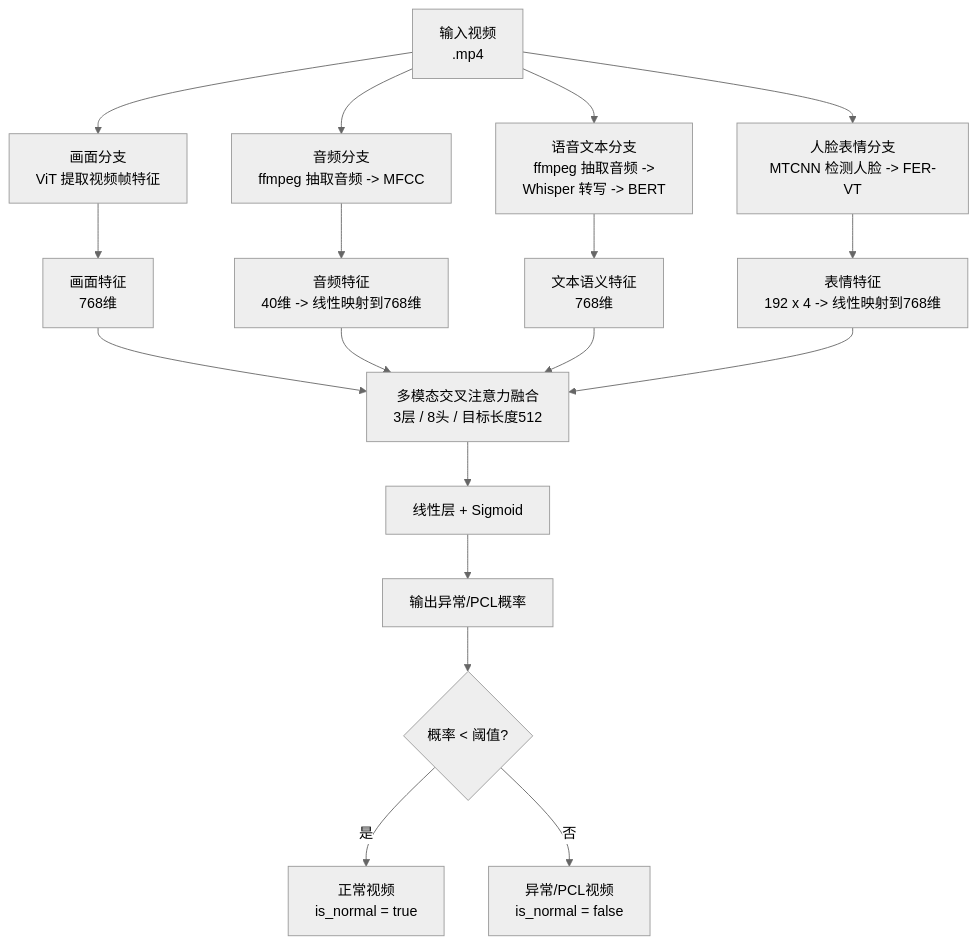
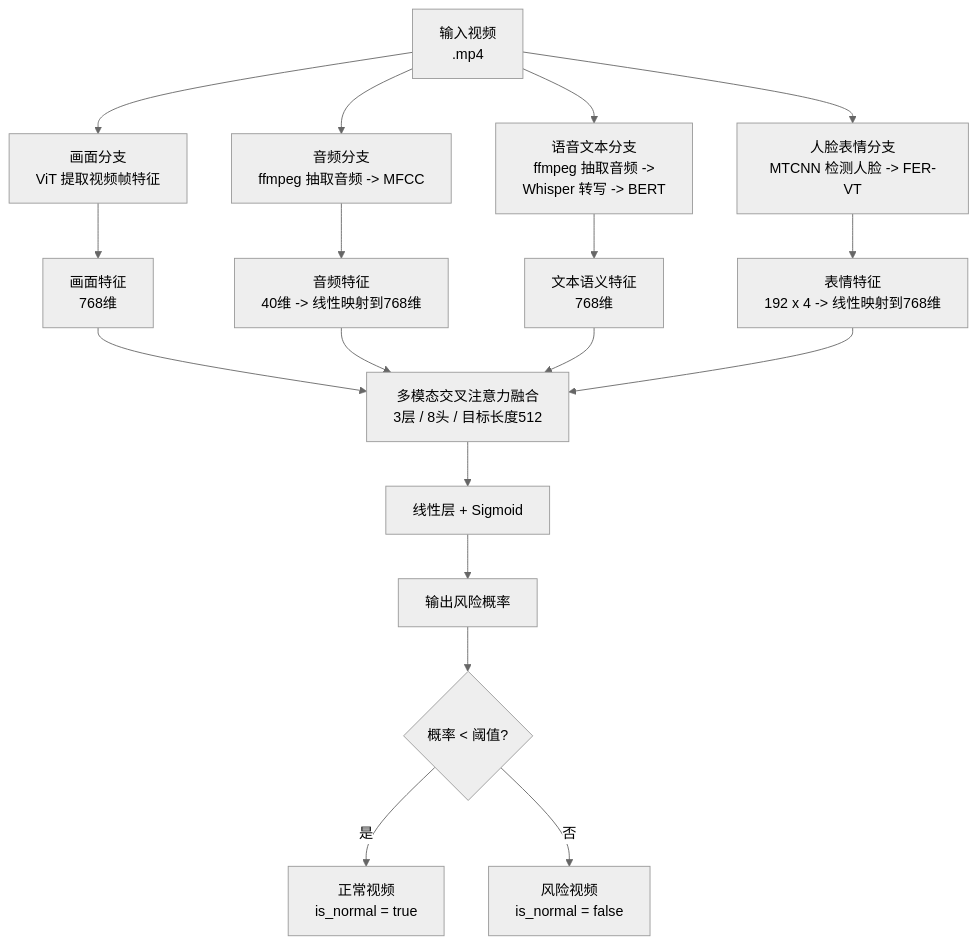
Before and after one commit to Wangych297/MM-ContentGuard: diagram 12 of 15 in doc/project_report.md, drawn with Mermaid (neutral theme). The commit also changed other lines of this file and 13 other files, not shown here.

````diff
--- a/doc/project_report.md
+++ b/doc/project_report.md
@@ -1915,23 +1915,23 @@
 ```mermaid
 flowchart TD
     A[输入视频<br/>.mp4] --> B1[画面分支<br/>ViT 提取视频帧特征]
     A --> B2[音频分支<br/>ffmpeg 抽取音频 -> MFCC]
     A --> B3[语音文本分支<br/>ffmpeg 抽取音频 -><br> Whisper 转写 -> BERT]
     A --> B4[人脸表情分支<br/>MTCNN 检测人脸 -> FER-VT]
 
     B1 --> C[画面特征<br/>768维]
     B2 --> D[音频特征<br/>40维 -> 线性映射到768维]
     B3 --> E[文本语义特征<br/>768维]
     B4 --> F[表情特征<br/>192 x 4 -> 线性映射到768维]
 
     C --> G[多模态交叉注意力融合<br/>3层 / 8头 / 目标长度512]
     D --> G
     E --> G
     F --> G
 
     G --> H[线性层 + Sigmoid]
-    H --> I[输出异常/PCL概率]
+    H --> I[输出风险概率]
     I --> J{概率 < 阈值?}
     J -->|是| K[正常视频<br/>is_normal = true]
-    J -->|否| L[异常/PCL视频<br/>is_normal = false]
+    J -->|否| L[风险视频<br/>is_normal = false]
 ```
````
